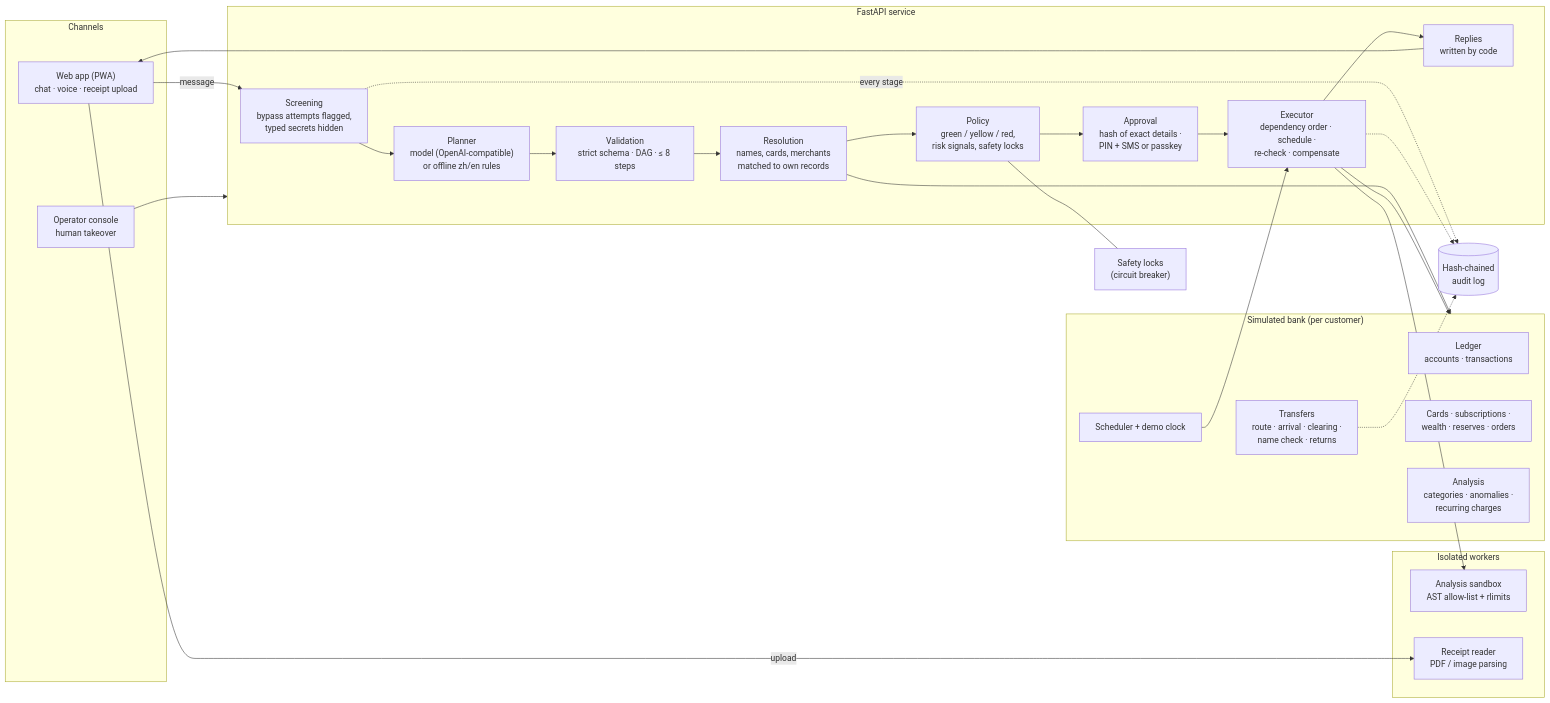
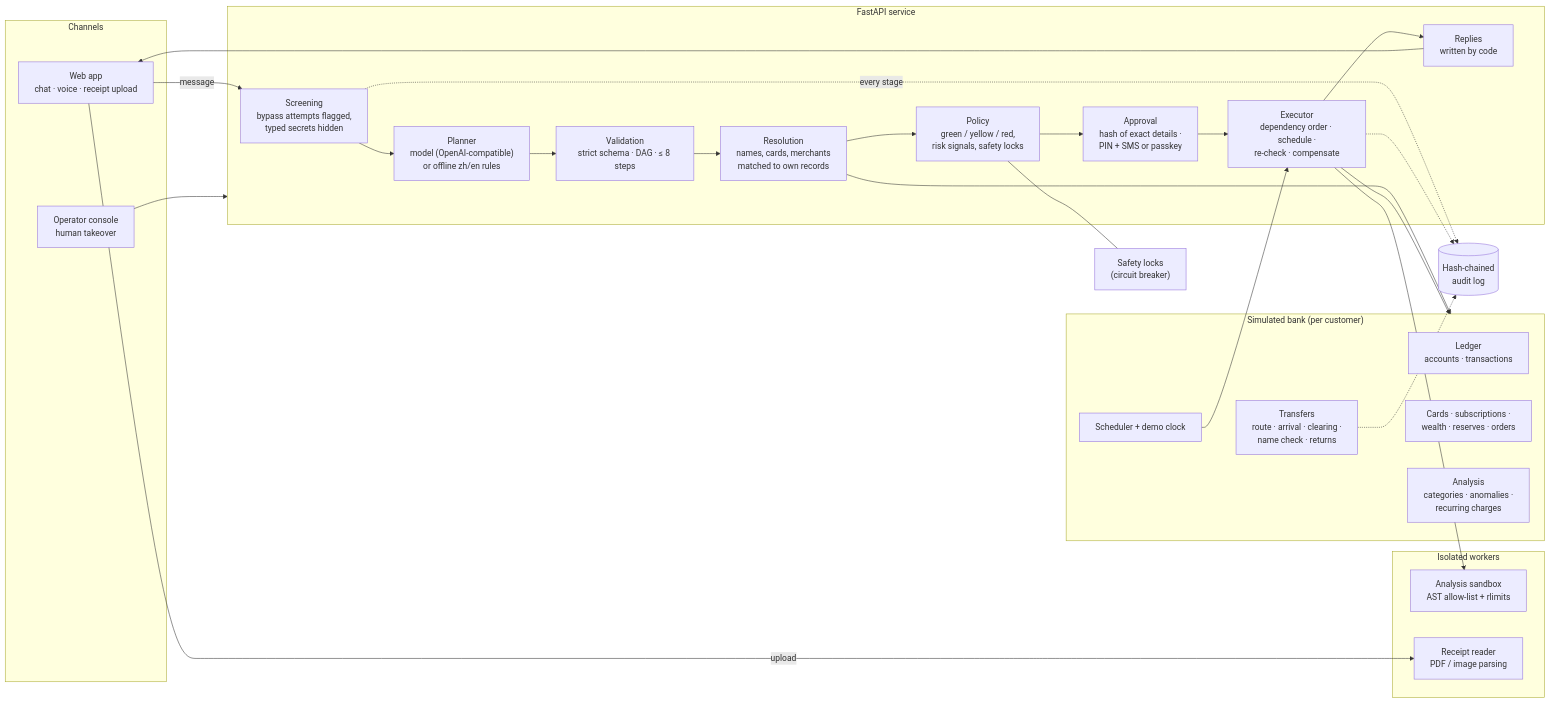
The diagram in docs/ARCHITECTURE.md (thedarkich/fintechathon-agent), drawn with Mermaid before and after one commit. The commit also changed other lines of this file and 19 other files, not shown here.

````diff
--- a/docs/ARCHITECTURE.md
+++ b/docs/ARCHITECTURE.md
@@ -9,46 +9,46 @@
 ```mermaid
 flowchart LR
   subgraph Channels
-    WEB["Web app (PWA)<br/>chat · voice · receipt upload"]
+    WEB["Web app<br/>chat · voice · receipt upload"]
     OPS["Operator console<br/>human takeover"]
   end
 
   subgraph API["FastAPI service"]
     SCR["Screening<br/>bypass attempts flagged,<br/>typed secrets hidden"]
     PLN["Planner<br/>model (OpenAI-compatible)<br/>or offline zh/en rules"]
     VAL["Validation<br/>strict schema · DAG · ≤ 8 steps"]
     RES["Resolution<br/>names, cards, merchants<br/>matched to own records"]
     POL["Policy<br/>green / yellow / red,<br/>risk signals, safety locks"]
     APR["Approval<br/>hash of exact details ·<br/>PIN + SMS or passkey"]
     EXE["Executor<br/>dependency order · schedule ·<br/>re-check · compensate"]
     REP["Replies<br/>written by code"]
   end
 
   subgraph Bank["Simulated bank (per customer)"]
     LED["Ledger<br/>accounts · transactions"]
     TRF["Transfers<br/>route · arrival · clearing ·<br/>name check · returns"]
     PRD["Cards · subscriptions ·<br/>wealth · reserves · orders"]
     ANA["Analysis<br/>categories · anomalies ·<br/>recurring charges"]
     CLK["Scheduler + demo clock"]
   end
 
   subgraph Isolated["Isolated workers"]
     SBX["Analysis sandbox<br/>AST allow-list + rlimits"]
     ING["Receipt reader<br/>PDF / image parsing"]
   end
 
   AUD[("Hash-chained<br/>audit log")]
   LCK["Safety locks<br/>(circuit breaker)"]
 
   WEB -->|message| SCR --> PLN --> VAL --> RES --> POL --> APR --> EXE --> REP --> WEB
   WEB -->|upload| ING
   RES --> Bank
   EXE --> Bank
   EXE --> SBX
   CLK --> EXE
   POL --- LCK
   SCR -. every stage .-> AUD
   EXE -.-> AUD
   TRF -.-> AUD
   OPS --> API
 ```
````
